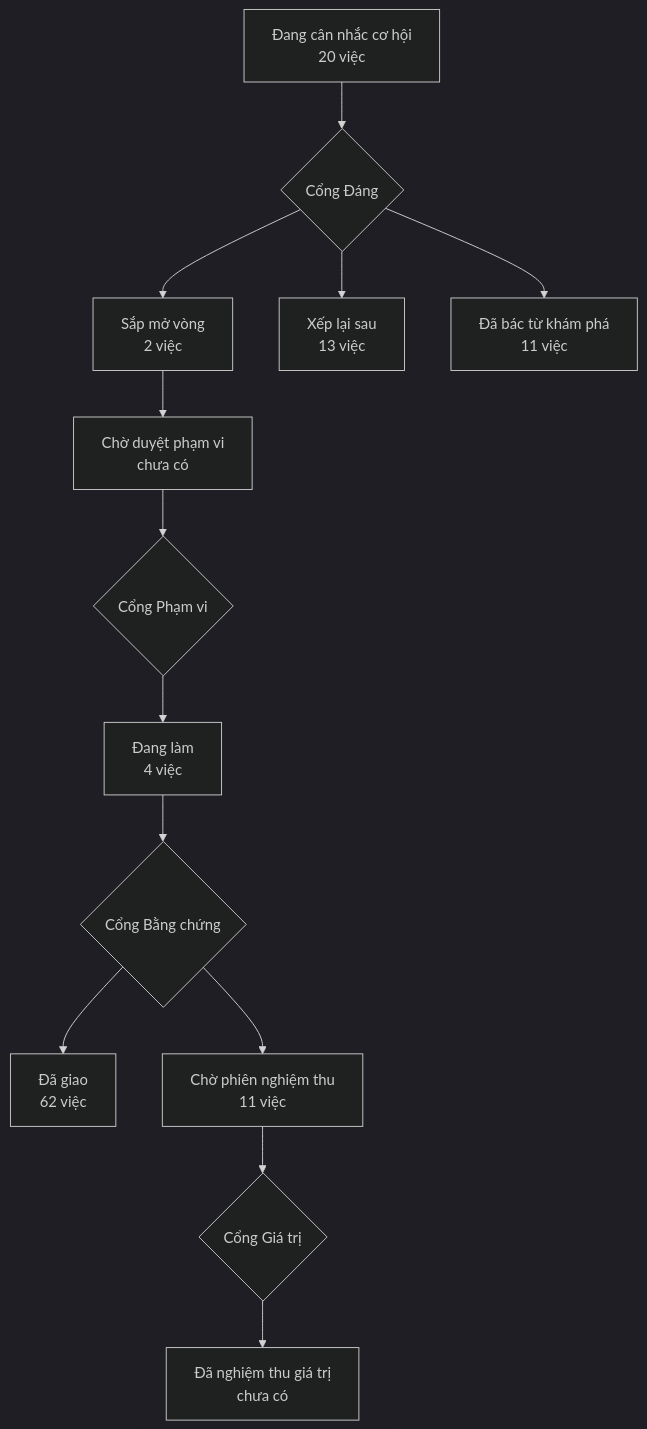
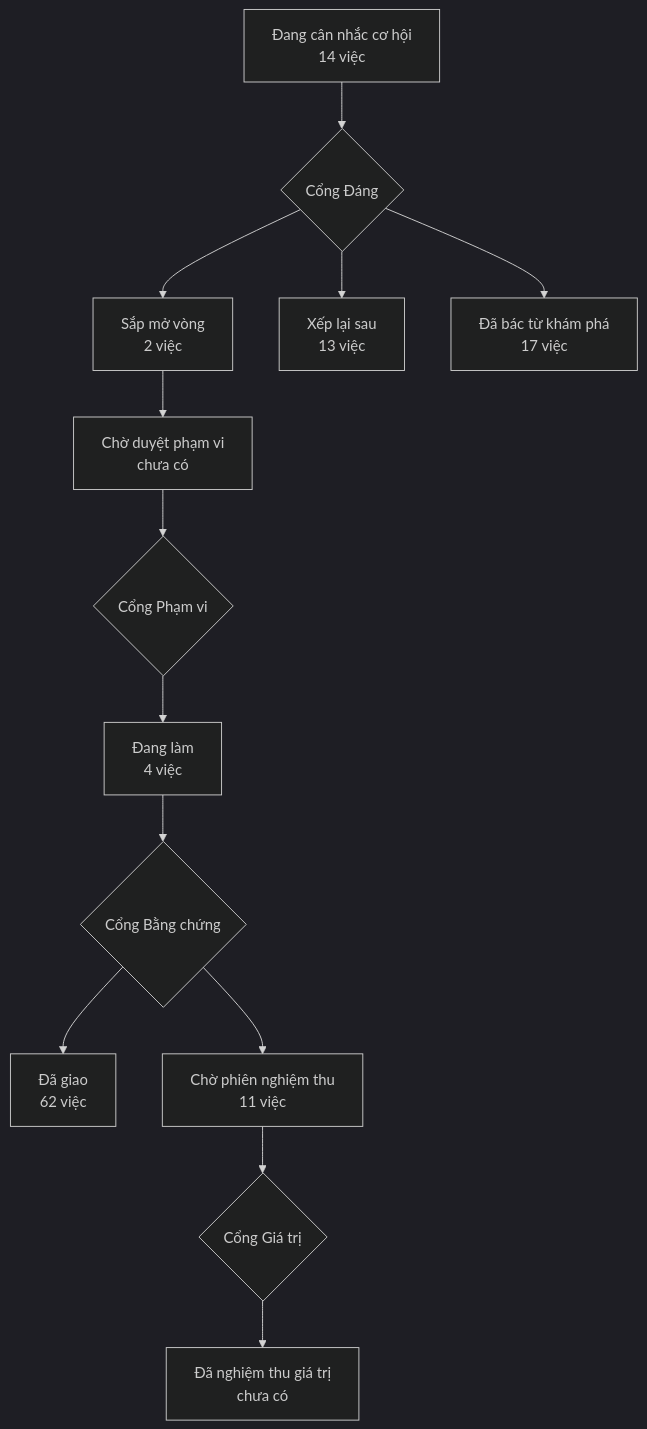
One commit to phanlemanh/acceptance-gate-kit changed the diagram in PRODUCT-MAP.md. Above: the diagram before and after it, drawn with Mermaid (dark theme). The commit also changed other lines of this file and 25 other files, not shown here.

````diff
--- a/PRODUCT-MAP.md
+++ b/PRODUCT-MAP.md
@@ -6,12 +6,12 @@
 ```mermaid
 flowchart TD
-  A["Đang cân nhắc cơ hội<br/>20 việc"] --> GD{"Cổng Đáng"}
+  A["Đang cân nhắc cơ hội<br/>14 việc"] --> GD{"Cổng Đáng"}
   GD --> B["Sắp mở vòng<br/>2 việc"]
   GD --> XL["Xếp lại sau<br/>13 việc"]
-  GD --> DB["Đã bác từ khám phá<br/>11 việc"]
+  GD --> DB["Đã bác từ khám phá<br/>17 việc"]
   B --> CD["Chờ duyệt phạm vi<br/>chưa có"] --> GP{"Cổng Phạm vi"}
   GP --> DL["Đang làm<br/>4 việc"] --> GB{"Cổng Bằng chứng"}
   GB --> DG["Đã giao<br/>62 việc"]
   GB --> CN["Chờ phiên nghiệm thu<br/>11 việc"] --> GG{"Cổng Giá trị"}
   GG --> NT["Đã nghiệm thu giá trị<br/>chưa có"]
 ```
````
